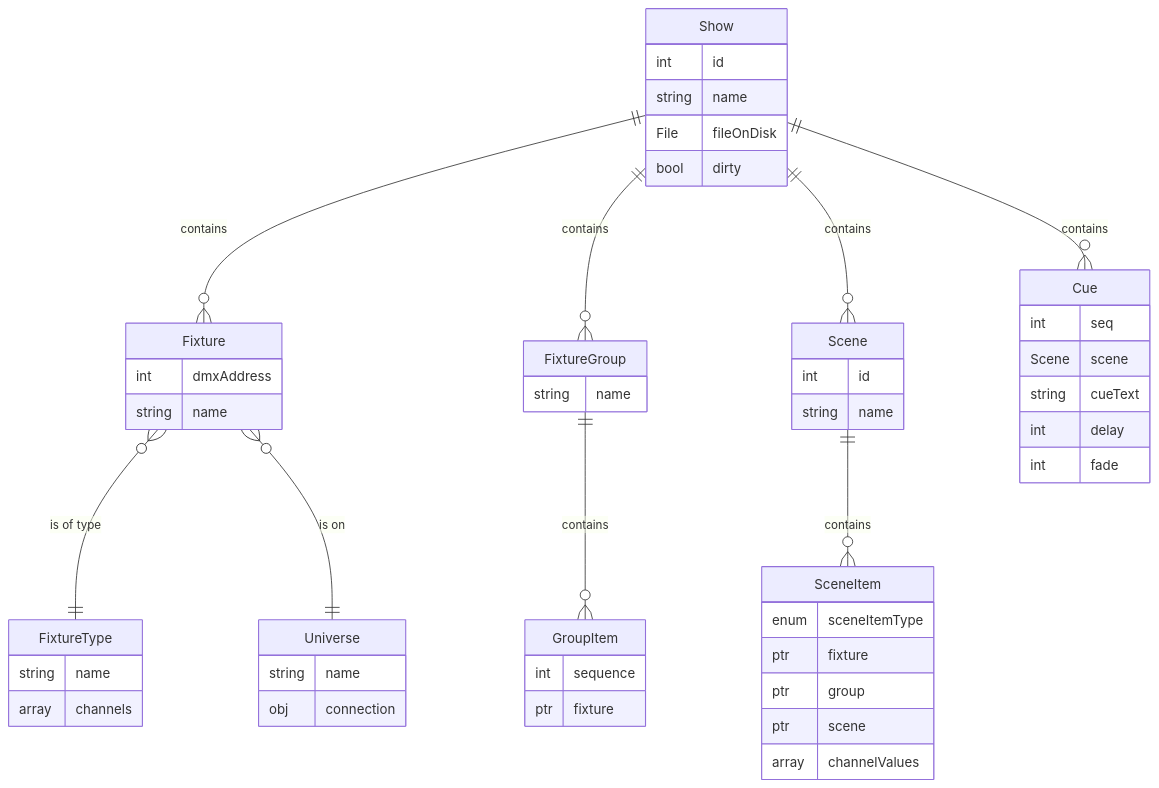
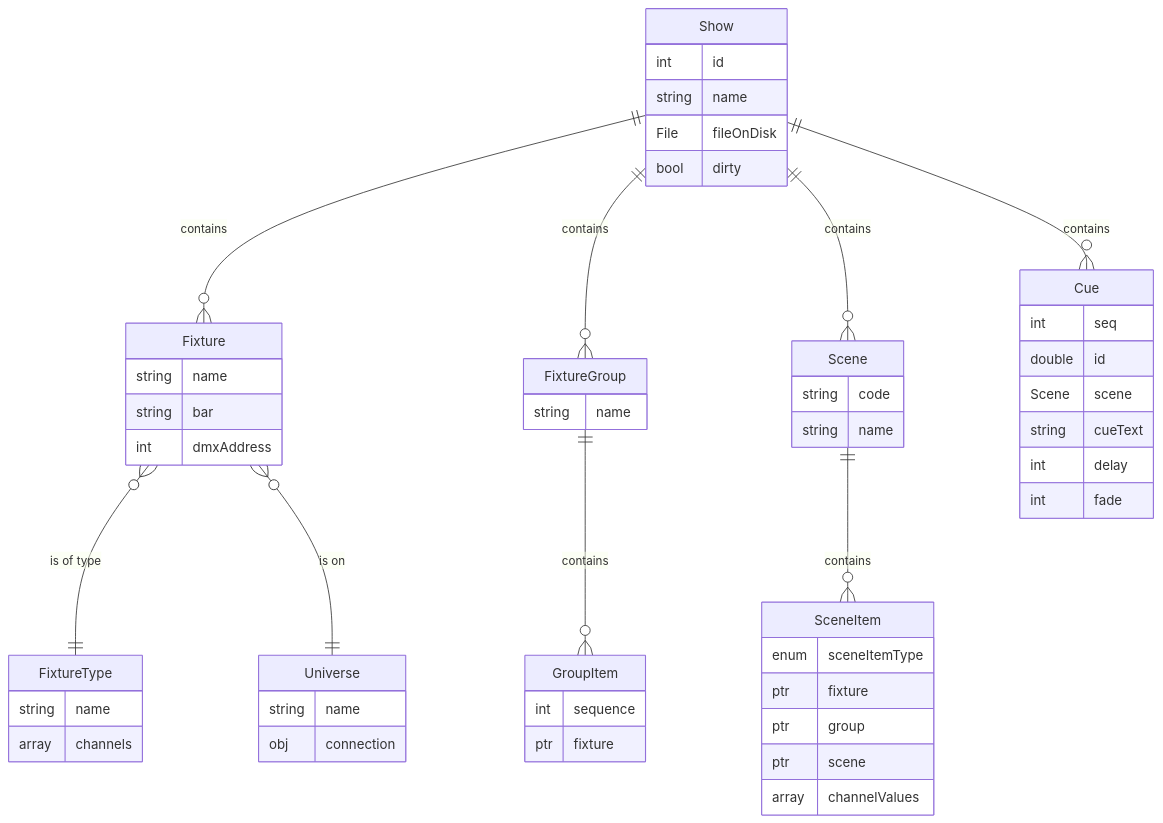
Before and after one commit to BrendanTWhite/Footlight: the diagram in docs/class_diagram.md, drawn with Mermaid.

````diff
--- a/docs/class_diagram.md
+++ b/docs/class_diagram.md
@@ -5,71 +5,72 @@
 ```mermaid
 erDiagram
 
 Show {
     int id
     string name
     File fileOnDisk
     bool dirty
 }
 
 
 Show ||--o{ Fixture : contains
 
 Fixture {
+    string name
+    string bar
     int dmxAddress
-    string name
 }
 
 Fixture }o--|| FixtureType : "is of type"
 FixtureType {
     string name
     array channels
 }
 
 Fixture }o--|| Universe : "is on"
 Universe {
     string name
     obj connection
 }
 
 
 Show ||--o{ FixtureGroup : contains
 
 FixtureGroup {
     string name
 }
 
 
 FixtureGroup ||--o{ GroupItem : contains
 GroupItem {
     int sequence
     ptr fixture
 }
 
 
 Show ||--o{ Scene : contains
 Scene {
-    int id
+    string code
     string name
 }
 
 Scene ||--o{ SceneItem : "contains"
 SceneItem {
     enum sceneItemType
     ptr fixture
     ptr group
     ptr scene
     array channelValues
 }
 
 
 Show ||--o{ Cue : contains
 Cue {
     int seq
+    double id
     Scene scene
     string cueText
     int delay
     int fade
 }
-
 ```
````
